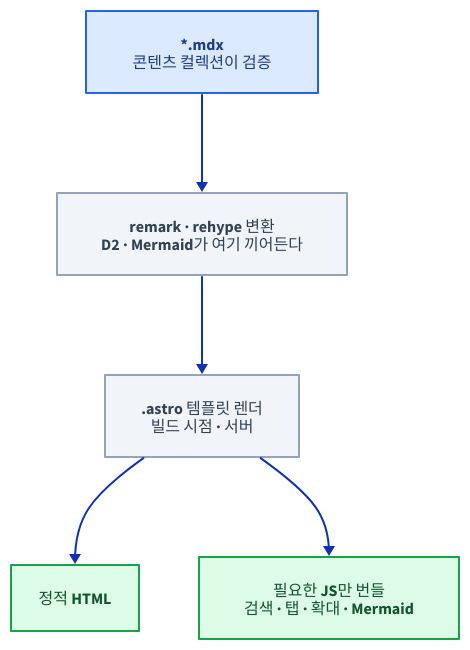
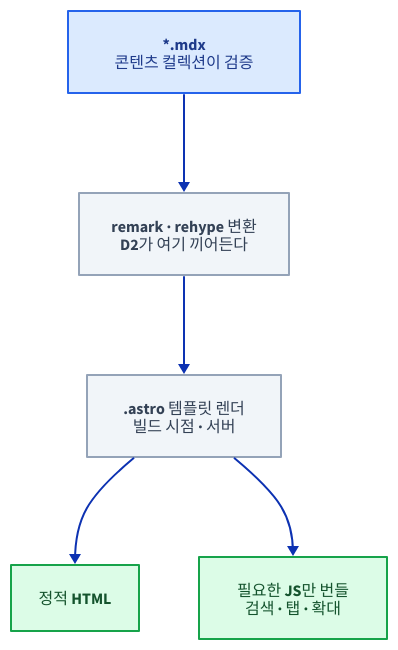
Before and after one commit to mechurak/study-starlight: the diagram in src/content/docs/starlight/02-astro.mdx, drawn with D2. The commit also changed other lines of this file and 25 other files, not shown here.

First line of the commit message:
chore: remove mermaid integration and rewrite docs around D2

````diff
--- a/src/content/docs/starlight/02-astro.mdx
+++ b/src/content/docs/starlight/02-astro.mdx
@@ -152,38 +152,38 @@
 ```d2 title="MDX 파일이 remark·rehype 변환과 .astro 템플릿 렌더를 거쳐 정적 HTML과 최소한의 JS 번들이 되는 빌드 흐름"
 direction: down
 
 classes: {
   key: {
     style: {
       fill: "#dbeafe"
       stroke: "#2563eb"
       font-color: "#1e3a8a"
     }
   }
   mute: {
     style: {
       fill: "#f1f5f9"
       stroke: "#94a3b8"
       font-color: "#334155"
     }
   }
   ok: {
     style: {
       fill: "#dcfce7"
       stroke: "#16a34a"
       font-color: "#14532d"
     }
   }
 }
 
 mdx: "*.mdx\n콘텐츠 컬렉션이 검증" { class: key }
-transform: "remark · rehype 변환\nD2 · Mermaid가 여기 끼어든다" { class: mute }
+transform: "remark · rehype 변환\nD2가 여기 끼어든다" { class: mute }
 render: ".astro 템플릿 렌더\n빌드 시점 · 서버" { class: mute }
 html: "정적 HTML" { class: ok }
-js: "필요한 JS만 번들\n검색 · 탭 · 확대 · Mermaid" { class: ok }
+js: "필요한 JS만 번들\n검색 · 탭 · 확대" { class: ok }
 
 mdx -> transform
 transform -> render
 render -> html
 render -> js
 ```
````
